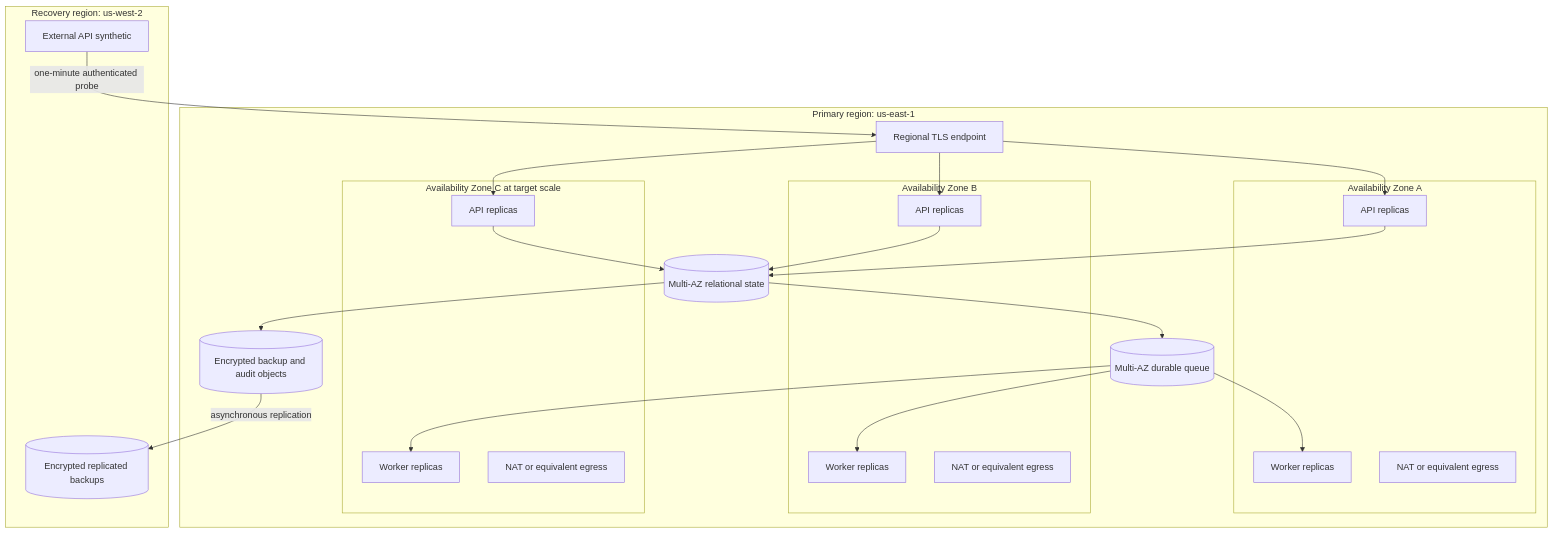
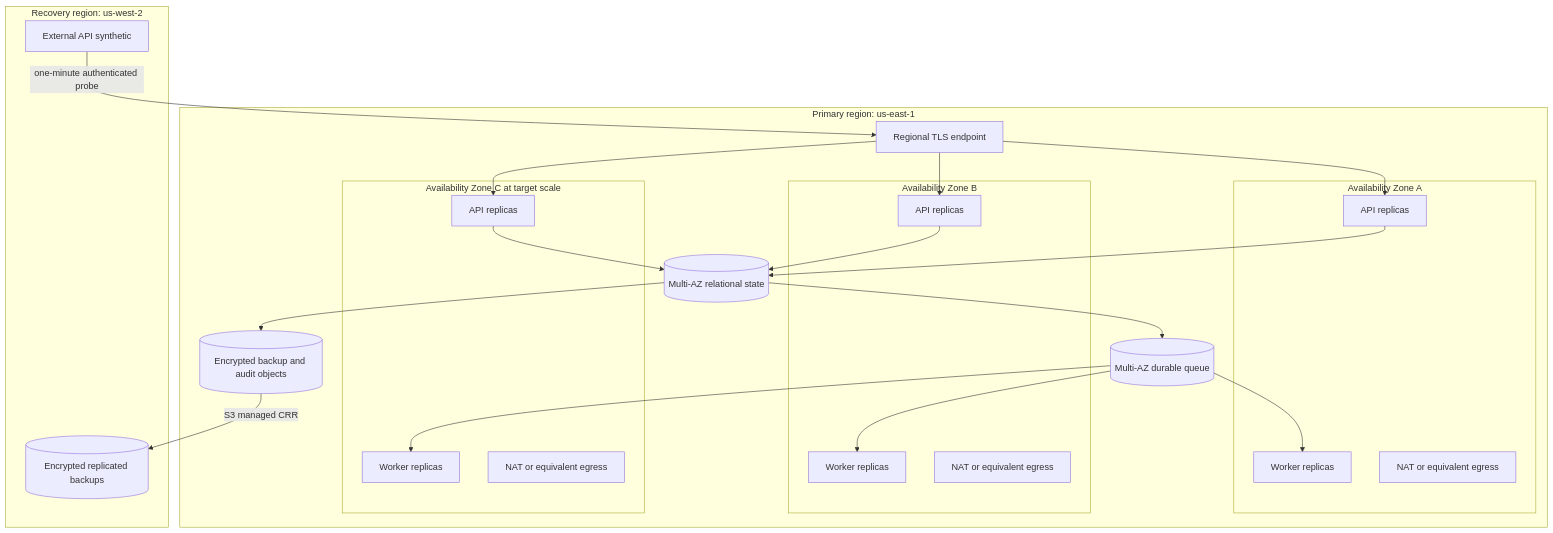
Before and after one commit to ArdurAI/veer: the diagram in docs/architecture/0001-alpha-operational-bounds.md, drawn with Mermaid. The commit also changed other lines of this file and 4 other files, not shown here.

Commit message:
fix(architecture): bound telemetry and replication

````diff
--- a/docs/architecture/0001-alpha-operational-bounds.md
+++ b/docs/architecture/0001-alpha-operational-bounds.md
@@ -45,43 +45,43 @@
 ```mermaid
 flowchart TB
     subgraph PRIMARY["Primary region: us-east-1"]
         EDGE[Regional TLS endpoint]
         subgraph AZA["Availability Zone A"]
             APIA[API replicas]
             WORKERA[Worker replicas]
             NATA[NAT or equivalent egress]
         end
         subgraph AZB["Availability Zone B"]
             APIB[API replicas]
             WORKERB[Worker replicas]
             NATB[NAT or equivalent egress]
         end
         subgraph AZC["Availability Zone C at target scale"]
             APIC[API replicas]
             WORKERC[Worker replicas]
             NATC[NAT or equivalent egress]
         end
         DB[(Multi-AZ relational state)]
         QUEUE[(Multi-AZ durable queue)]
         OBJECTS[(Encrypted backup and audit objects)]
         EDGE --> APIA
         EDGE --> APIB
         EDGE --> APIC
         APIA --> DB
         APIB --> DB
         APIC --> DB
         DB --> QUEUE
         QUEUE --> WORKERA
         QUEUE --> WORKERB
         QUEUE --> WORKERC
         DB --> OBJECTS
     end
 
     subgraph RECOVERY["Recovery region: us-west-2"]
         BACKUP[(Encrypted replicated backups)]
         PROBE[External API synthetic]
     end
 
-    OBJECTS -->|asynchronous replication| BACKUP
+    OBJECTS -->|S3 managed CRR| BACKUP
     PROBE -->|one-minute authenticated probe| EDGE
 ```
````
